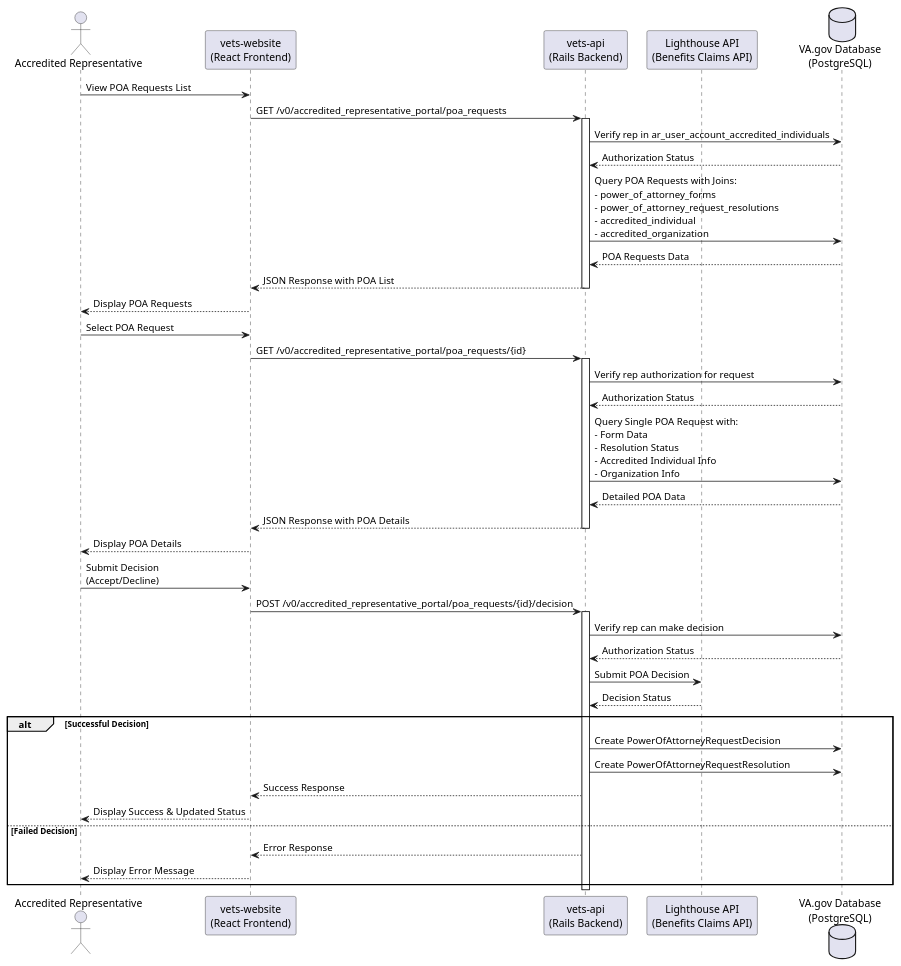
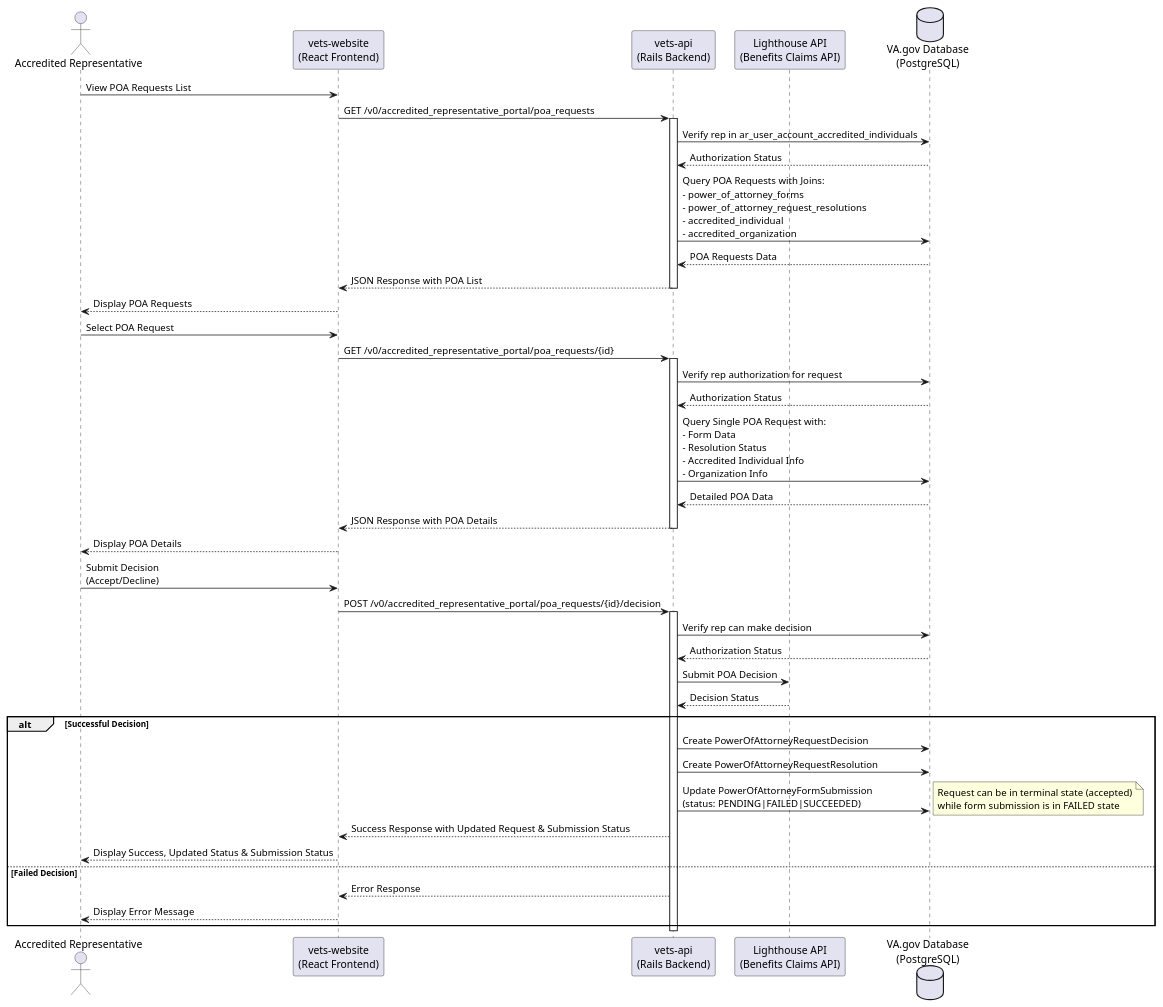
The diagram in products/accredited-representative-facing/engineering/pilot-sequence-diagram.puml (department-of-veterans-affairs/va.gov-team), drawn with PlantUML before and after one commit. The commit also changed 3 other files, not shown here.

```diff
--- a/products/accredited-representative-facing/engineering/pilot-sequence-diagram.puml
+++ b/products/accredited-representative-facing/engineering/pilot-sequence-diagram.puml
@@ -1,61 +1,66 @@
 @startuml
 
 actor "Accredited Representative"
 participant "vets-website\n(React Frontend)" as Frontend
 participant "vets-api\n(Rails Backend)" as Backend
 participant "Lighthouse API\n(Benefits Claims API)" as LighthouseAPI
 database "VA.gov Database\n(PostgreSQL)" as VAGovDB
 
 ' --- List POA Requests Flow ---
 "Accredited Representative" -> Frontend: View POA Requests List
 Frontend -> Backend: GET /v0/accredited_representative_portal/poa_requests
 activate Backend
 
 Backend -> VAGovDB: Verify rep in ar_user_account_accredited_individuals
 VAGovDB --> Backend: Authorization Status
 
 Backend -> VAGovDB: Query POA Requests with Joins:\n- power_of_attorney_forms\n- power_of_attorney_request_resolutions\n- accredited_individual\n- accredited_organization
 VAGovDB --> Backend: POA Requests Data
 
 Backend --> Frontend: JSON Response with POA List
 deactivate Backend
 Frontend --> "Accredited Representative": Display POA Requests
 
 ' --- View POA Request Details Flow ---
 "Accredited Representative" -> Frontend: Select POA Request
 Frontend -> Backend: GET /v0/accredited_representative_portal/poa_requests/{id}
 activate Backend
 
 Backend -> VAGovDB: Verify rep authorization for request
 VAGovDB --> Backend: Authorization Status
 
 Backend -> VAGovDB: Query Single POA Request with:\n- Form Data\n- Resolution Status\n- Accredited Individual Info\n- Organization Info
 VAGovDB --> Backend: Detailed POA Data
 
 Backend --> Frontend: JSON Response with POA Details
 deactivate Backend
 Frontend --> "Accredited Representative": Display POA Details
 
 ' --- Make Decision Flow ---
 "Accredited Representative" -> Frontend: Submit Decision\n(Accept/Decline)
 Frontend -> Backend: POST /v0/accredited_representative_portal/poa_requests/{id}/decision
 activate Backend
 
 Backend -> VAGovDB: Verify rep can make decision
 VAGovDB --> Backend: Authorization Status
 
 Backend -> LighthouseAPI: Submit POA Decision
 LighthouseAPI --> Backend: Decision Status
 
 alt Successful Decision
     Backend -> VAGovDB: Create PowerOfAttorneyRequestDecision
     Backend -> VAGovDB: Create PowerOfAttorneyRequestResolution
-    Backend --> Frontend: Success Response
-    Frontend --> "Accredited Representative": Display Success & Updated Status
+    Backend -> VAGovDB: Update PowerOfAttorneyFormSubmission\n(status: PENDING|FAILED|SUCCEEDED)
+    note right
+      Request can be in terminal state (accepted)
+      while form submission is in FAILED state
+    end note
+    Backend --> Frontend: Success Response with Updated Request & Submission Status
+    Frontend --> "Accredited Representative": Display Success, Updated Status & Submission Status
 else Failed Decision
     Backend --> Frontend: Error Response
     Frontend --> "Accredited Representative": Display Error Message
 end
 deactivate Backend
 
 @enduml
```
